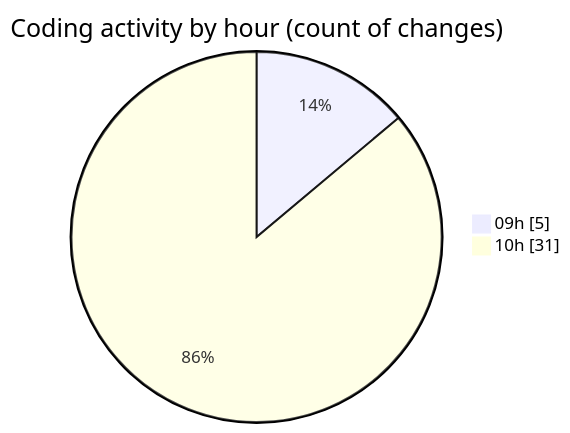
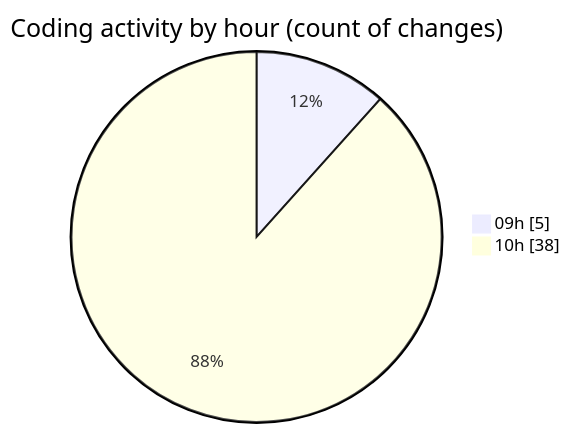
Before and after one commit to momahboobian/code-tracking: the second of 2 diagrams in 2026-04-27/cda/README.md, drawn with Mermaid. The commit also changed other lines of this file and 1 other file, not shown here.

````diff
--- a/2026-04-27/cda/README.md
+++ b/2026-04-27/cda/README.md
@@ -41,6 +41,6 @@
 ```mermaid
 pie showData
 title Coding activity by hour (count of changes)
 "09h" : 5
-"10h" : 31
+"10h" : 38
 ```
````
